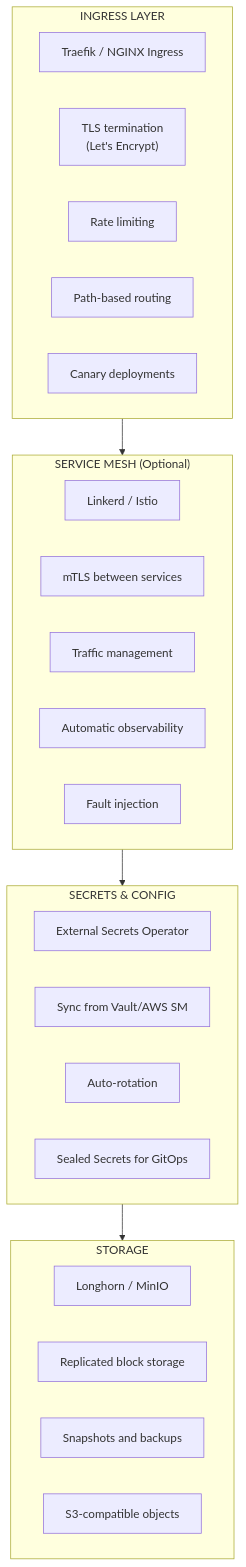
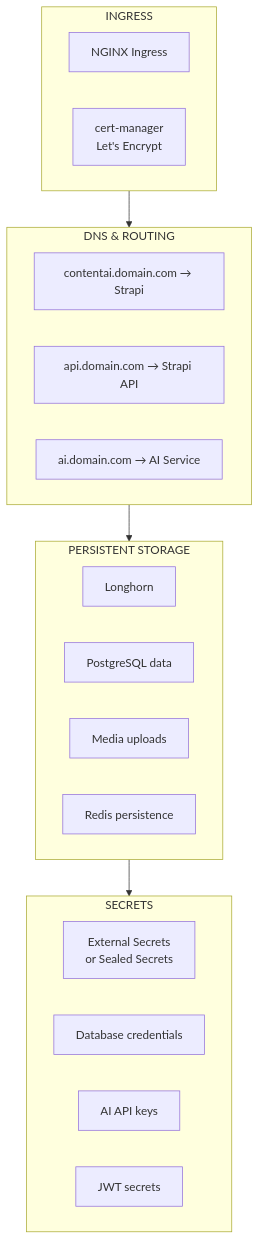
The fourth of 11 diagrams in DevOps/02-Engineering/01-Architecture.md (PearlThoughtsInternship/Internship-Obsidian-Vault), drawn with Mermaid before and after one commit. The commit also changed other lines of this file and 1 other file, not shown here.

First line of the commit message:
Rewrite market context and architecture with ContentAI product-first narrative

````diff
--- a/DevOps/02-Engineering/01-Architecture.md
+++ b/DevOps/02-Engineering/01-Architecture.md
@@ -259,34 +197,31 @@
 ```mermaid
 flowchart TB
-    subgraph Ingress["INGRESS LAYER"]
-        ING["Traefik / NGINX Ingress"]
-        I1["TLS termination<br/>(Let's Encrypt)"]
-        I2["Rate limiting"]
-        I3["Path-based routing"]
-        I4["Canary deployments"]
+    subgraph Ingress["INGRESS"]
+        ING["NGINX Ingress"]
+        TLS["cert-manager<br/>Let's Encrypt"]
     end
 
-    subgraph Mesh["SERVICE MESH (Optional)"]
-        SM["Linkerd / Istio"]
-        M1["mTLS between services"]
-        M2["Traffic management"]
-        M3["Automatic observability"]
-        M4["Fault injection"]
+    subgraph DNS["DNS & ROUTING"]
+        D1["contentai.domain.com → Strapi"]
+        D2["api.domain.com → Strapi API"]
+        D3["ai.domain.com → AI Service"]
     end
 
-    subgraph Secrets["SECRETS & CONFIG"]
-        SEC["External Secrets Operator"]
-        S1["Sync from Vault/AWS SM"]
-        S2["Auto-rotation"]
-        S3["Sealed Secrets for GitOps"]
+    subgraph Storage["PERSISTENT STORAGE"]
+        LH["Longhorn"]
+        S1["PostgreSQL data"]
+        S2["Media uploads"]
+        S3["Redis persistence"]
     end
 
-    subgraph Storage["STORAGE"]
-        STR["Longhorn / MinIO"]
-        ST1["Replicated block storage"]
-        ST2["Snapshots and backups"]
-        ST3["S3-compatible objects"]
+    subgraph Secrets["SECRETS"]
+        ESO["External Secrets<br/>or Sealed Secrets"]
+        K1["Database credentials"]
+        K2["AI API keys"]
+        K3["JWT secrets"]
     end
 
-    Ingress --> Mesh --> Secrets --> Storage
+    Ingress --> DNS
+    DNS --> Storage
+    Storage --> Secrets
 ```
````
